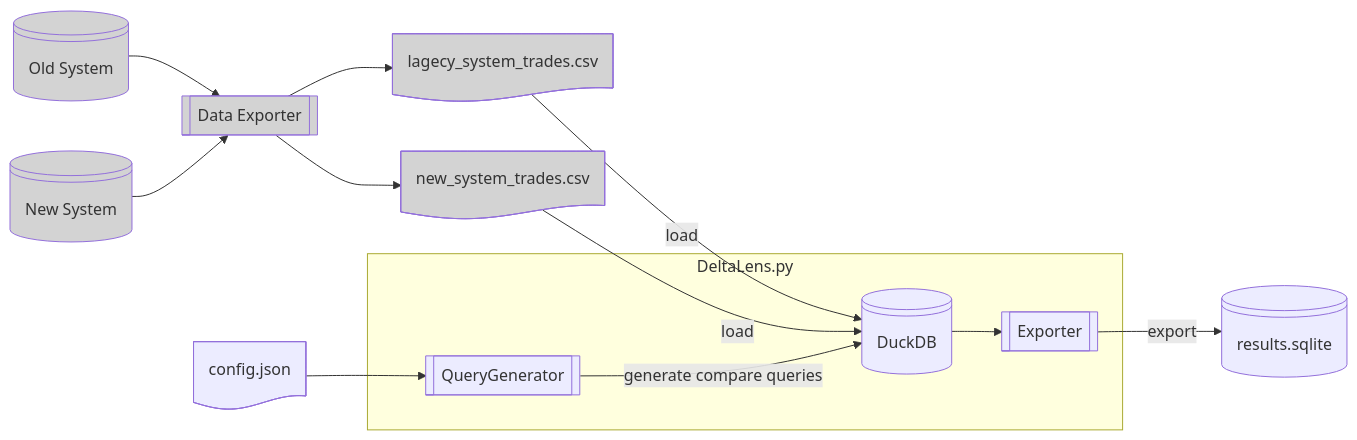
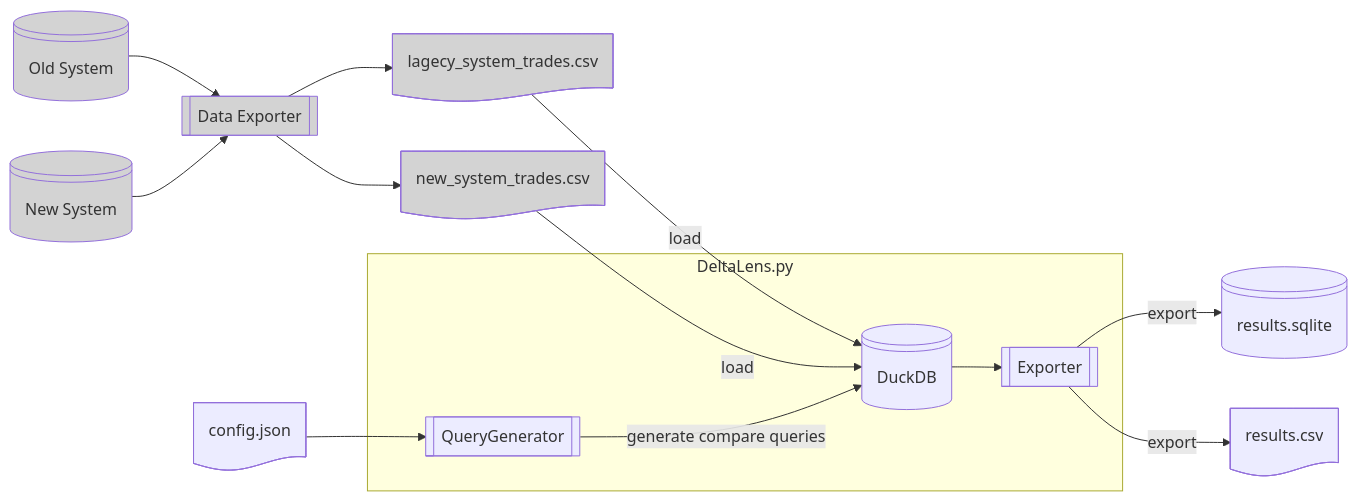
The diagram in readme.md (unclepaul84/duck-db-datacompare), drawn with Mermaid before and after one commit.

````diff
--- a/readme.md
+++ b/readme.md
@@ -15,30 +15,32 @@
 ```mermaid
 
 flowchart LR
 
     Old_System:::external@{ shape: lin-cyl, label: "Old System" }
     New_System:::external@{ shape: lin-cyl, label: "New System" }
     Data_puller:::external@{ shape: subproc, label: "Data Exporter" }
     Old_System-->Data_puller
     New_System-->Data_puller
     Data_puller-->Trades_1
     Data_puller-->Trades_2
     Trades_1:::external@{ shape: doc, label: "new_system_trades.csv" }
     Trades_2:::external@{ shape: doc, label: "lagecy_system_trades.csv" }
     Config@{ shape: doc, label: "config.json" }
     Config-->TableQueryGenerator
     Trades_2 -->|load|DuckDB
     Trades_1 -->|load|DuckDB
     subgraph DeltaLens.py
         TableQueryGenerator@{ shape: subproc, label: "QueryGenerator" }
         TableQueryGenerator-->|generate compare queries|DuckDB
         DuckDB@{ shape: lin-cyl, label: "DuckDB" }
         DuckDB-->Exporter
         Exporter@{ shape: subproc, label: "Exporter" }
        
     end
     Exporter-->|export|Sqlite
+    Exporter-->|export|Results_csv
     Sqlite@{ shape: lin-cyl, label: "results.sqlite" }
+    Results_csv@{ shape: doc, label: "results.csv" }
     classDef external fill:lightgray
 
 ```
````
